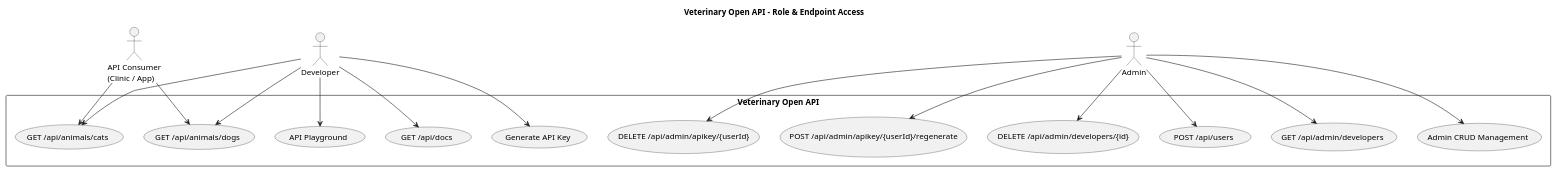
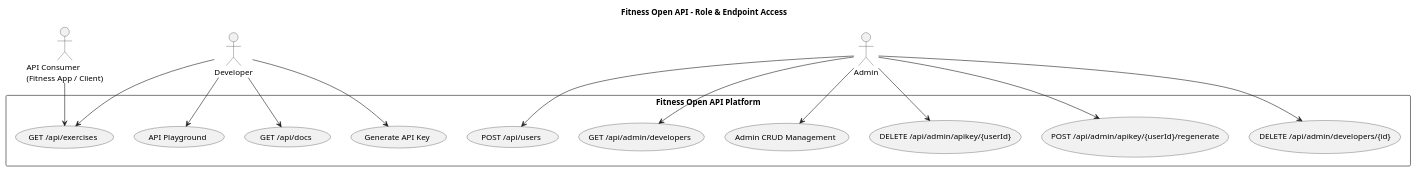
The diagram in arsitektur2.puml (syawalqi/PWSPRO_20230140248), drawn with PlantUML before and after one commit. The commit also changed 2 other files, not shown here.

```diff
--- a/arsitektur2.puml
+++ b/arsitektur2.puml
@@ -1,29 +1,36 @@
 @startuml
-title Veterinary Open API - Role & Endpoint Access
+title Fitness Open API - Role & Endpoint Access
 
-actor "API Consumer\n(Clinic / App)" as Consumer
+actor "API Consumer\n(Fitness App / Client)" as Consumer
 actor Developer
 actor Admin
 
-rectangle "Veterinary Open API" {
+rectangle "Fitness Open API Platform" {
 
-  Consumer --> (GET /api/animals/dogs)
-  Consumer --> (GET /api/animals/cats)
+  ' =====================
+  ' API Consumer Access
+  ' =====================
+  Consumer --> (GET /api/exercises)
 
-  Developer --> (GET /api/animals/dogs)
-  Developer --> (GET /api/animals/cats)
+  ' =====================
+  ' Developer Access
+  ' =====================
+  Developer --> (GET /api/exercises)
   Developer --> (GET /api/docs)
   Developer --> (API Playground)
   Developer --> (Generate API Key)
 
+  ' =====================
+  ' Admin Access
+  ' =====================
   Admin --> (GET /api/admin/developers)
   Admin --> (POST /api/users)
   Admin --> (DELETE /api/admin/developers/{id})
 
   Admin --> (POST /api/admin/apikey/{userId}/regenerate)
   Admin --> (DELETE /api/admin/apikey/{userId})
 
   Admin --> (Admin CRUD Management)
 }
 
 @enduml
```
